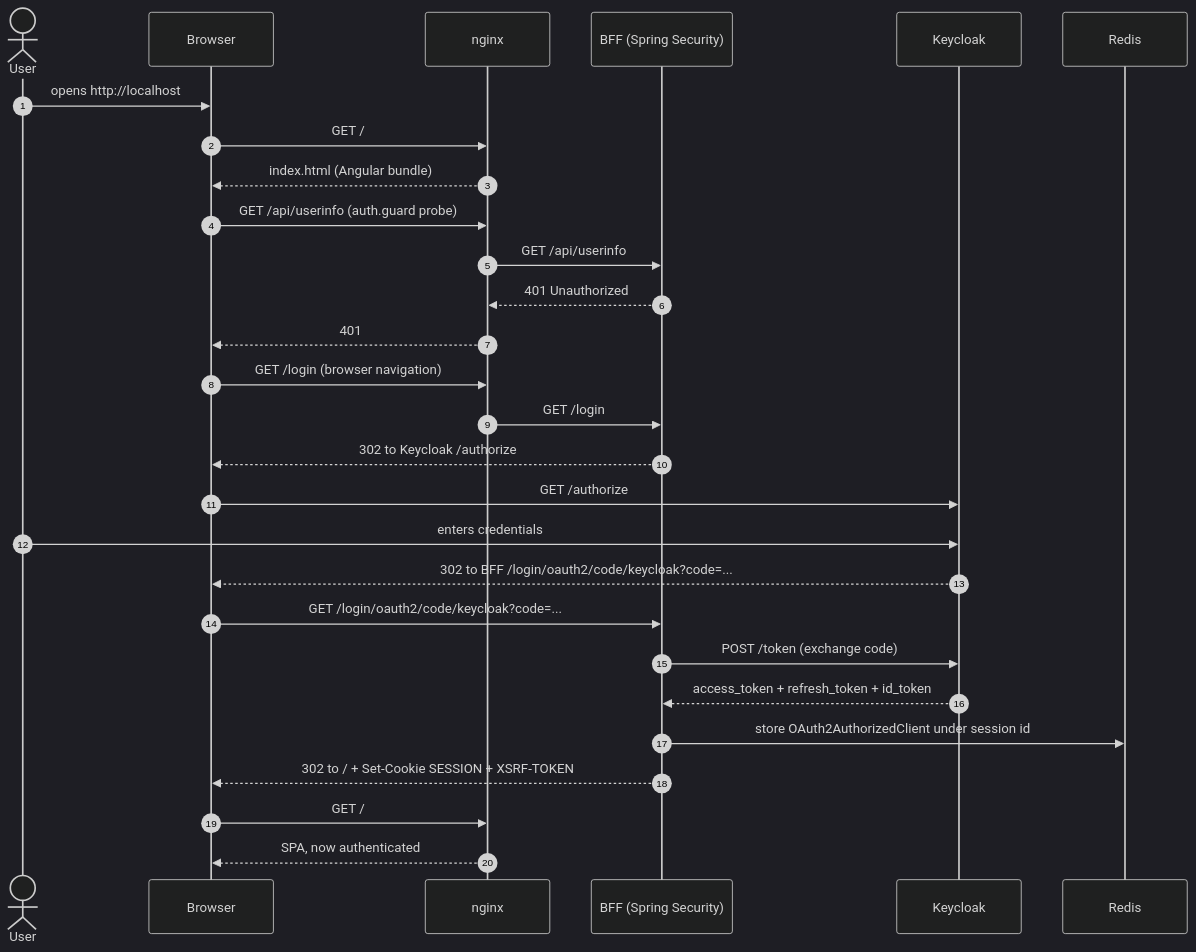
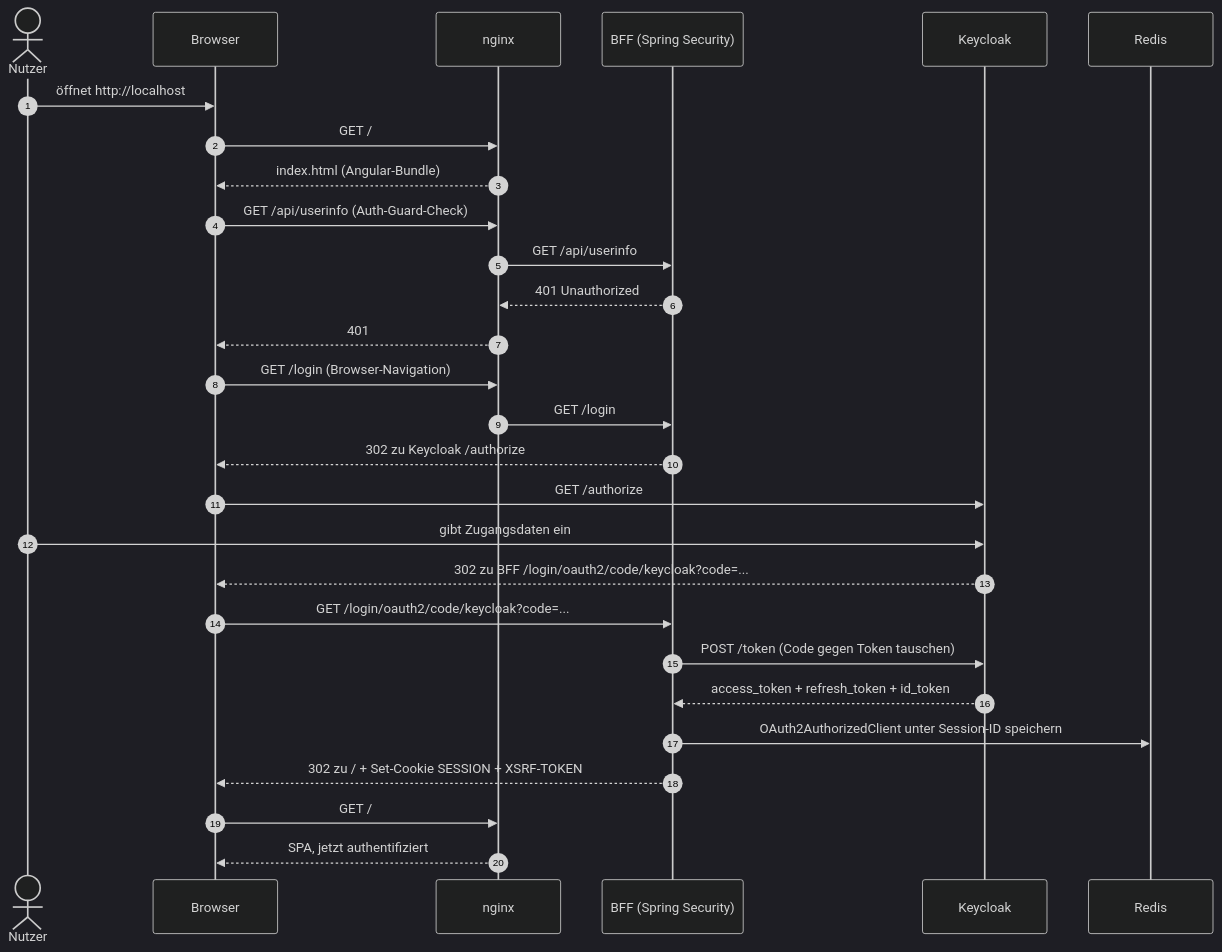
Before and after one commit to mjanda0815/BFF-Reference: the second of 4 diagrams in docs/architecture.md, drawn with Mermaid (dark theme). The commit also changed other lines of this file and 8 other files, not shown here.

First line of the commit message:
Translate README, architecture, security concept and ADRs to German

````diff
--- a/docs/architecture.md
+++ b/docs/architecture.md
@@ -85,31 +85,31 @@
 ```mermaid
 sequenceDiagram
     autonumber
-    actor U as User
+    actor U as Nutzer
     participant B as Browser
     participant N as nginx
     participant BFF as BFF (Spring Security)
     participant KC as Keycloak
     participant R as Redis
 
-    U->>B: opens http://localhost
+    U->>B: öffnet http://localhost
     B->>N: GET /
-    N-->>B: index.html (Angular bundle)
-    B->>N: GET /api/userinfo (auth.guard probe)
+    N-->>B: index.html (Angular-Bundle)
+    B->>N: GET /api/userinfo (Auth-Guard-Check)
     N->>BFF: GET /api/userinfo
     BFF-->>N: 401 Unauthorized
     N-->>B: 401
-    B->>N: GET /login (browser navigation)
+    B->>N: GET /login (Browser-Navigation)
     N->>BFF: GET /login
-    BFF-->>B: 302 to Keycloak /authorize
+    BFF-->>B: 302 zu Keycloak /authorize
     B->>KC: GET /authorize
-    U->>KC: enters credentials
-    KC-->>B: 302 to BFF /login/oauth2/code/keycloak?code=...
+    U->>KC: gibt Zugangsdaten ein
+    KC-->>B: 302 zu BFF /login/oauth2/code/keycloak?code=...
     B->>BFF: GET /login/oauth2/code/keycloak?code=...
-    BFF->>KC: POST /token (exchange code)
+    BFF->>KC: POST /token (Code gegen Token tauschen)
     KC-->>BFF: access_token + refresh_token + id_token
-    BFF->>R: store OAuth2AuthorizedClient under session id
-    BFF-->>B: 302 to / + Set-Cookie SESSION + XSRF-TOKEN
+    BFF->>R: OAuth2AuthorizedClient unter Session-ID speichern
+    BFF-->>B: 302 zu / + Set-Cookie SESSION + XSRF-TOKEN
     B->>N: GET /
-    N-->>B: SPA, now authenticated
+    N-->>B: SPA, jetzt authentifiziert
 ```
````
